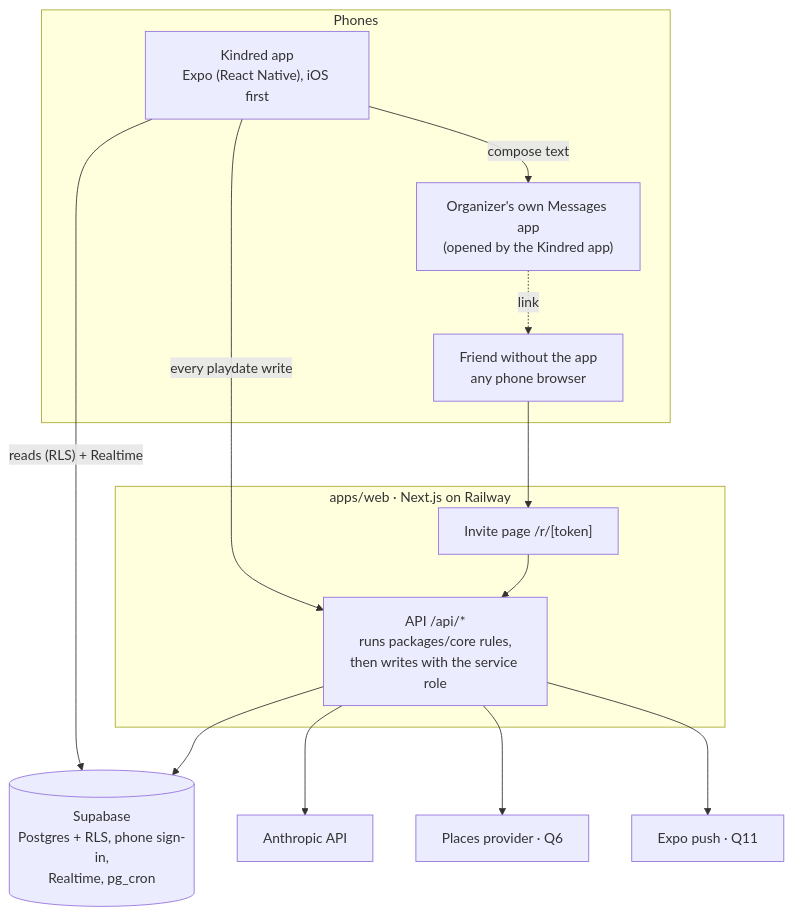
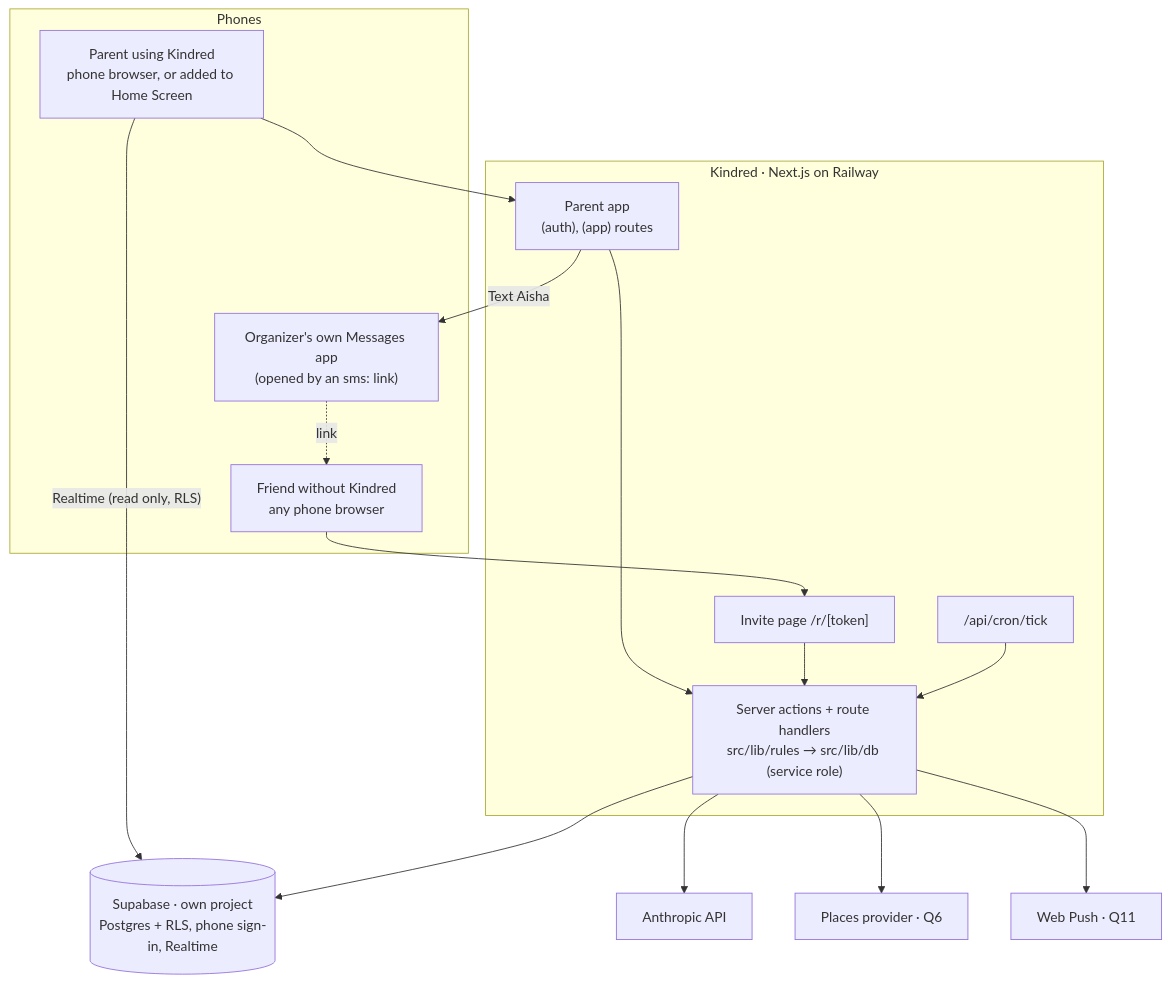
One commit to MZauron/playdate changed the diagram in docs/DESIGN.md. Above: the diagram before and after it, drawn with Mermaid. The commit also changed other lines of this file and 6 other files, not shown here.

First line of the commit message:
Switch the starter kit to the Next.js + Supabase stack

````diff
--- a/docs/DESIGN.md
+++ b/docs/DESIGN.md
@@ -20,22 +24,24 @@
 ```mermaid
 flowchart TB
   subgraph Phones
-    APP["Kindred app<br/>Expo (React Native), iOS first"]
-    SMS["Organizer's own Messages app<br/>(opened by the Kindred app)"]
-    WEBP["Friend without the app<br/>any phone browser"]
+    PAR["Parent using Kindred<br/>phone browser, or added to Home Screen"]
+    MSG["Organizer's own Messages app<br/>(opened by an sms: link)"]
+    FR["Friend without Kindred<br/>any phone browser"]
   end
-  subgraph Railway["apps/web · Next.js on Railway"]
+  subgraph Railway["Kindred · Next.js on Railway"]
+    APP["Parent app<br/>(auth), (app) routes"]
     PAGE["Invite page /r/[token]"]
-    API["API /api/*<br/>runs packages/core rules,<br/>then writes with the service role"]
+    SRV["Server actions + route handlers<br/>src/lib/rules → src/lib/db (service role)"]
+    CRON["/api/cron/tick"]
   end
-  DB[(Supabase<br/>Postgres + RLS, phone sign-in,<br/>Realtime, pg_cron)]
+  DB[(Supabase · own project<br/>Postgres + RLS, phone sign-in, Realtime)]
   AI[Anthropic API]
   PL[Places provider · Q6]
-  PUSH[Expo push · Q11]
-  APP -- "reads (RLS) + Realtime" --> DB
-  APP -- "every playdate write" --> API
-  APP -- "compose text" --> SMS
-  SMS -. "link" .-> WEBP
-  WEBP --> PAGE --> API
-  API --> DB & AI & PL & PUSH
+  PUSH[Web Push · Q11]
+  PAR --> APP --> SRV
+  PAR -- "Realtime (read only, RLS)" --> DB
+  APP -- "Text Aisha" --> MSG
+  MSG -. "link" .-> FR --> PAGE --> SRV
+  SRV --> DB & AI & PL & PUSH
+  CRON --> SRV
 ```
````
